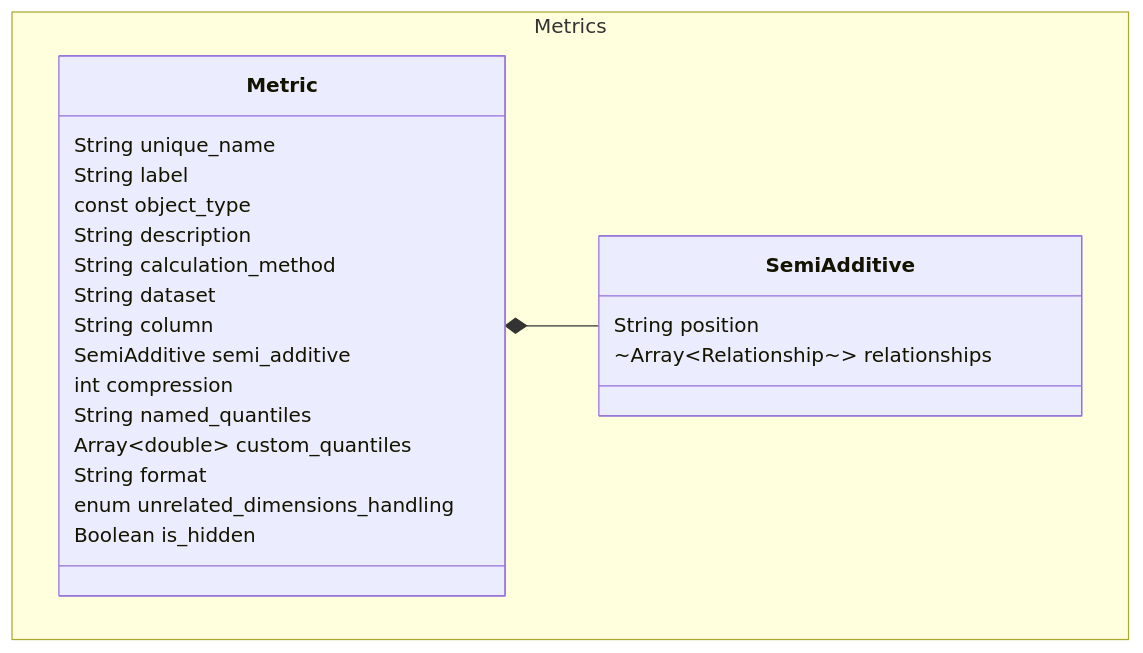
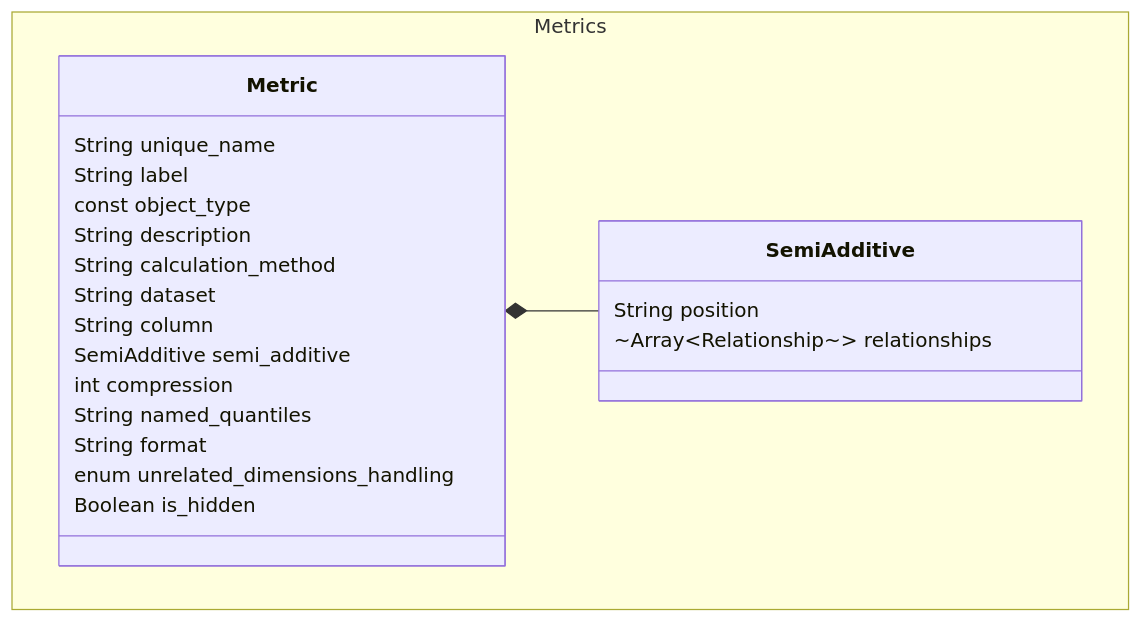
The diagram in sml-reference/metric.md (AlchemyTechLabsInc/SML), drawn with Mermaid before and after one commit. The commit also changed other lines of this file, not shown here.

````diff
--- a/sml-reference/metric.md
+++ b/sml-reference/metric.md
@@ -34,26 +34,25 @@
 ```mermaid
 classDiagram
     Metric *-- SemiAdditive
 namespace Metrics{
     class Metric{
       String unique_name
       String label
       const object_type
       String description
       String calculation_method
       String dataset
       String column
       SemiAdditive semi_additive
       int compression
       String named_quantiles
-      Array~double~ custom_quantiles
       String format
       enum unrelated_dimensions_handling
       Boolean is_hidden
     }
     class SemiAdditive{
       String position
       ~Array~Relationship~~ relationships
     }
 }
 ```
````
